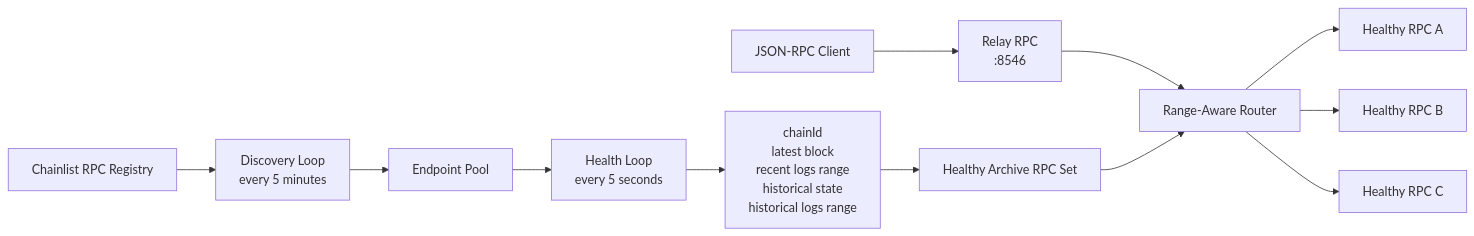
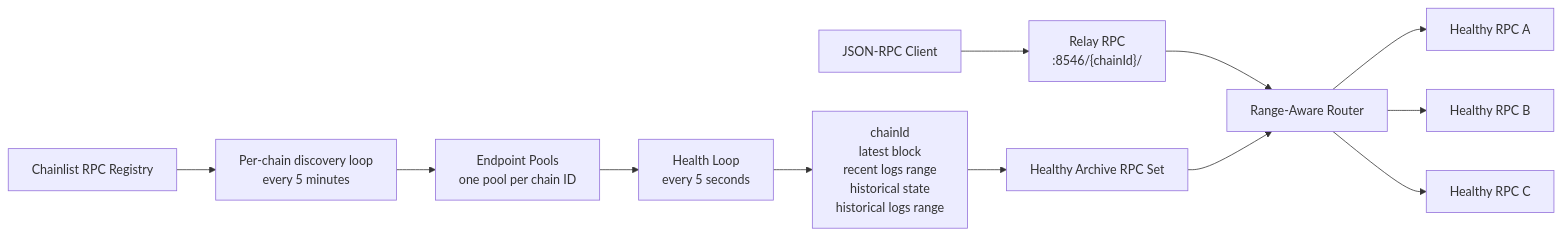
One commit to luen-eth/relay-rpc changed the first of 3 diagrams in README.md. Above: the diagram before and after it, drawn with Mermaid. The commit also changed other lines of this file and 7 other files, not shown here.

Commit message:
Add multi-chain RPC routing

````diff
--- a/README.md
+++ b/README.md
@@ -29,14 +29,14 @@
 ```mermaid
 flowchart LR
-  Chainlist["Chainlist RPC Registry"] --> Discovery["Discovery Loop<br/>every 5 minutes"]
-  Discovery --> Pool["Endpoint Pool"]
+  Chainlist["Chainlist RPC Registry"] --> Discovery["Per-chain discovery loop<br/>every 5 minutes"]
+  Discovery --> Pool["Endpoint Pools<br/>one pool per chain ID"]
   Pool --> Health["Health Loop<br/>every 5 seconds"]
   Health --> Checks["chainId<br/>latest block<br/>recent logs range<br/>historical state<br/>historical logs range"]
   Checks --> Healthy["Healthy Archive RPC Set"]
-  Client["JSON-RPC Client"] --> Relay["Relay RPC<br/>:8546"]
+  Client["JSON-RPC Client"] --> Relay["Relay RPC<br/>:8546/{chainId}/"]
   Relay --> Router["Range-Aware Router"]
   Healthy --> Router
   Router --> RPC1["Healthy RPC A"]
   Router --> RPC2["Healthy RPC B"]
   Router --> RPC3["Healthy RPC C"]
 ```
````
